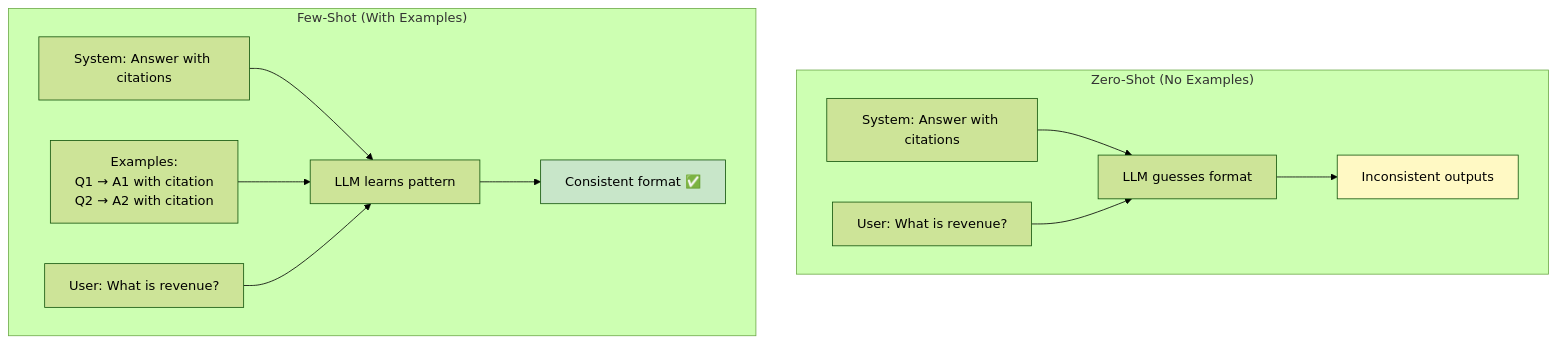
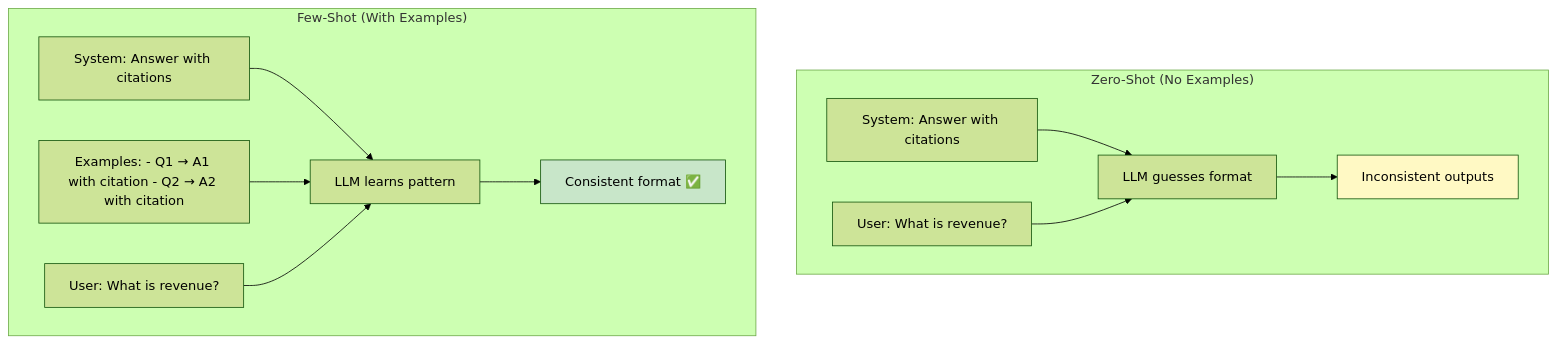
One commit to indhra/llm_rag_sec_findings changed the fourth of 6 diagrams in docs/learning/06-prompt-engineering.md. Above: the diagram before and after it, drawn with Mermaid (forest theme). The commit also changed other lines of this file and 9 other files, not shown here.

````diff
--- a/docs/learning/06-prompt-engineering.md
+++ b/docs/learning/06-prompt-engineering.md
@@ -280,23 +280,23 @@
 ```mermaid
 graph TB
     subgraph "Zero-Shot (No Examples)"
         Z1[System: Answer with citations]
         Z2[User: What is revenue?]
         Z1 --> Z3[LLM guesses format]
         Z2 --> Z3
         Z3 --> Z4[Inconsistent outputs]
     end
     
     subgraph "Few-Shot (With Examples)"
         F1[System: Answer with citations]
-        F2[Examples:<br/>Q1 → A1 with citation<br/>Q2 → A2 with citation]
+        F2[Examples: - Q1 → A1 with citation - Q2 → A2 with citation]
         F3[User: What is revenue?]
         F1 --> F4[LLM learns pattern]
         F2 --> F4
         F3 --> F4
         F4 --> F5[Consistent format ✅]
     end
     
     style Z4 fill:#fff9c4
     style F5 fill:#c8e6c9
 ```
````
